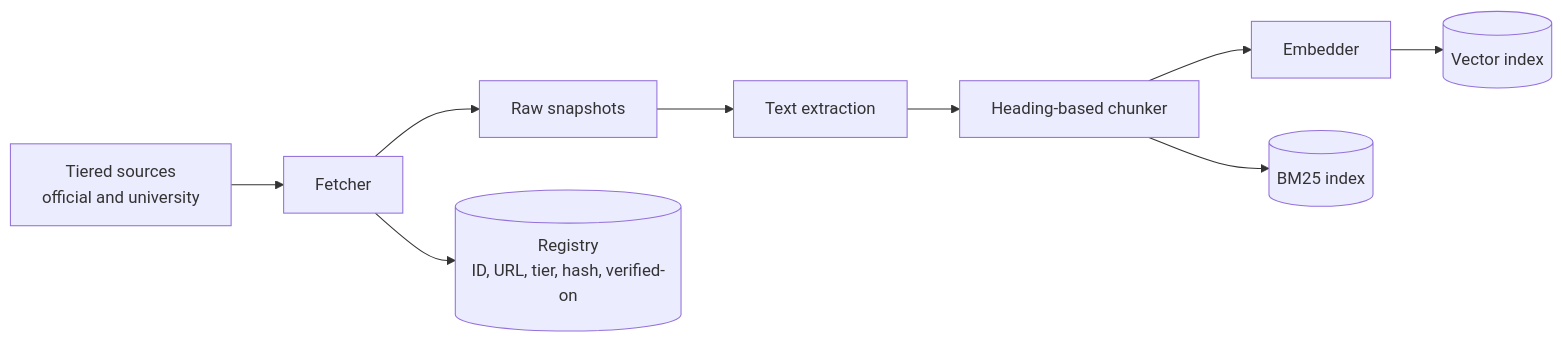
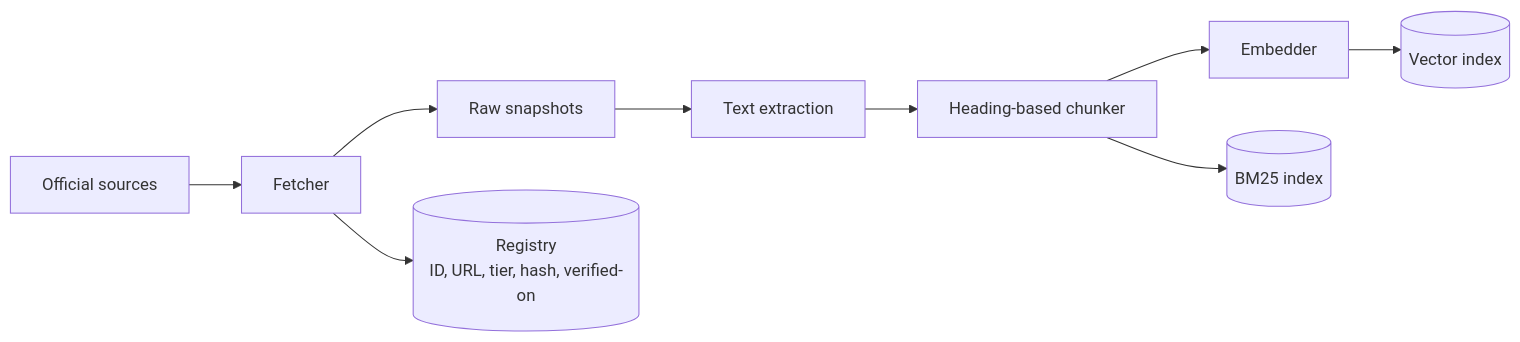
The second of 6 diagrams in docs/core/Architecture.md (hemanta12/f1-waypoint), drawn with Mermaid before and after one commit. The commit also changed other lines of this file and 4 other files, not shown here.

````diff
--- a/docs/core/Architecture.md
+++ b/docs/core/Architecture.md
@@ -34,11 +34,11 @@
 ```mermaid
 flowchart LR
-  SRC["Tiered sources<br/>official and university"] --> FETCH["Fetcher"]
+  SRC["Official sources"] --> FETCH["Fetcher"]
   FETCH --> RAW["Raw snapshots"]
   FETCH --> REG[("Registry<br/>ID, URL, tier, hash, verified-on")]
   RAW --> EXTRACT["Text extraction"]
   EXTRACT --> CHUNK["Heading-based chunker"]
   CHUNK --> EMB["Embedder"]
   EMB --> VEC[("Vector index")]
   CHUNK --> BM[("BM25 index")]
 ```
````
